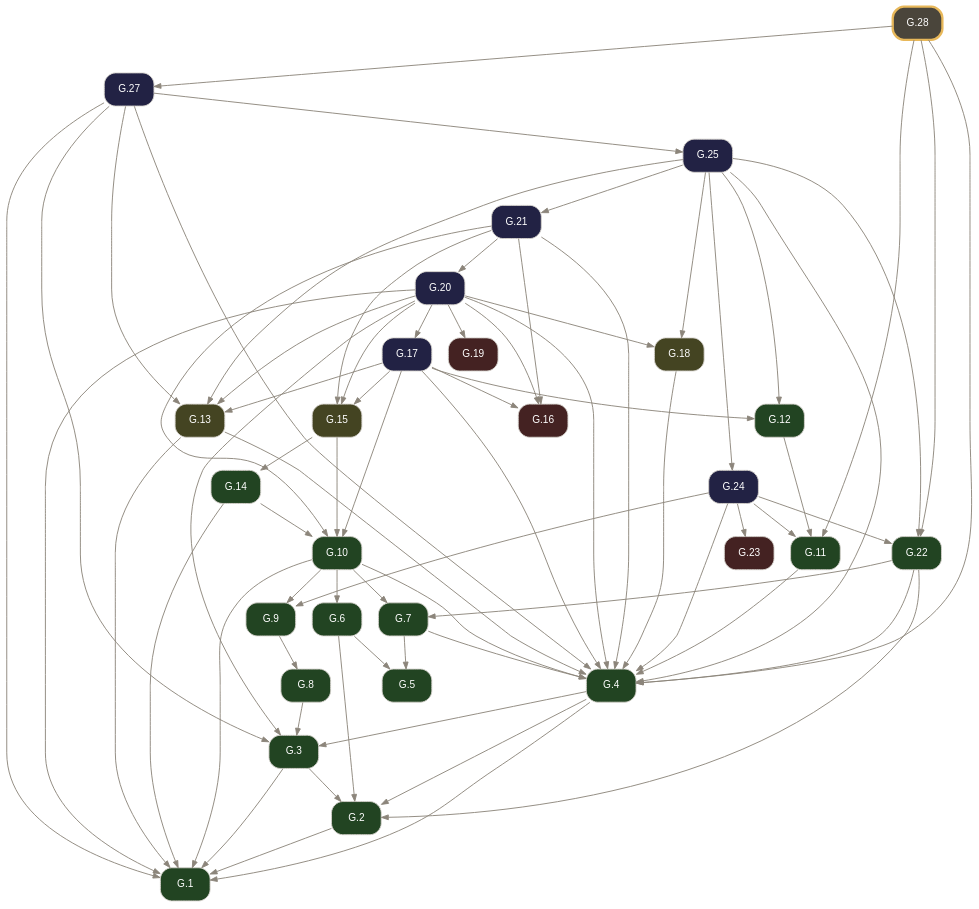
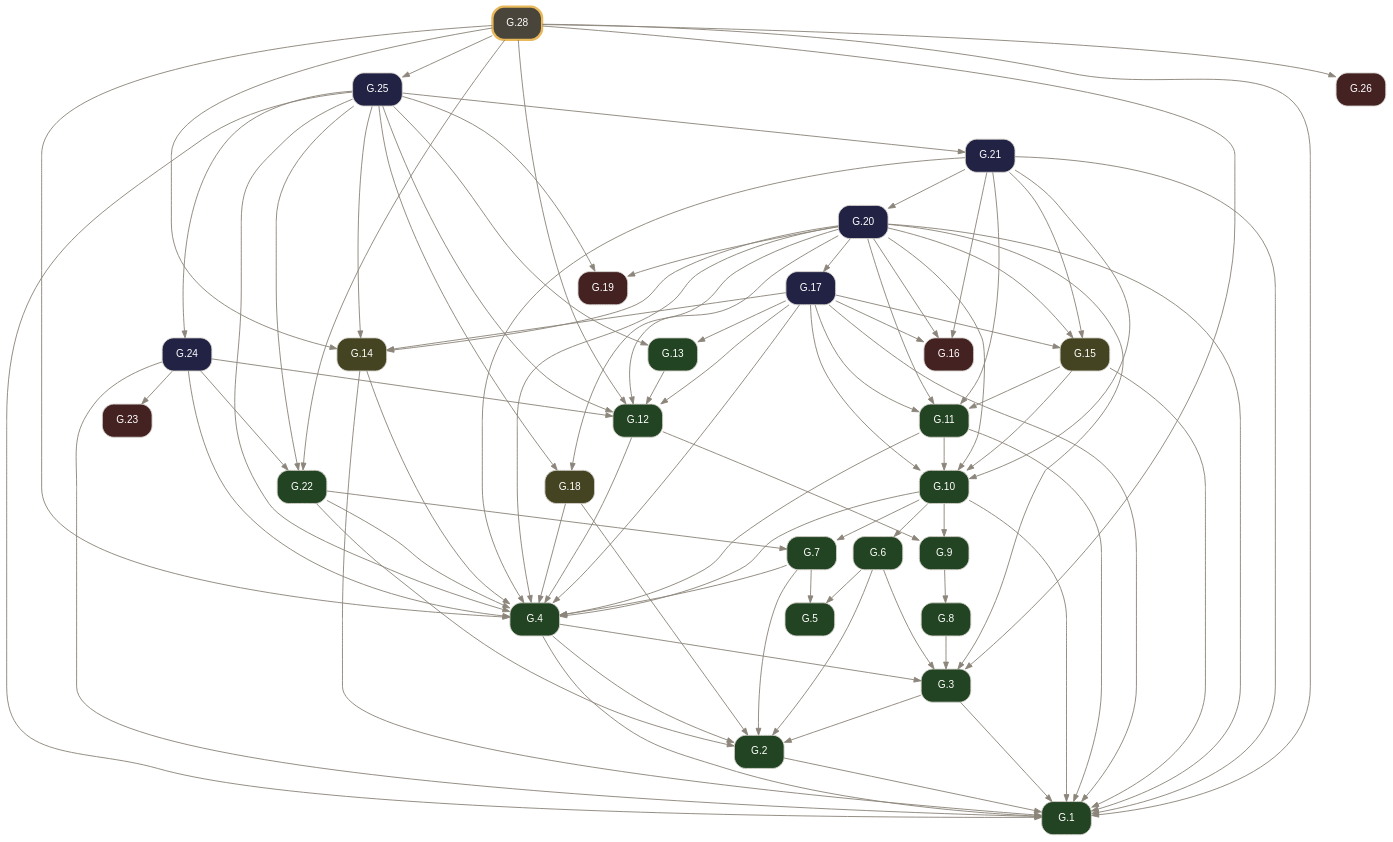
One commit to geometor/elements changed the diagram in docsrc/elements2/G.28/index.rst. Above: the diagram before and after it, drawn with Graphviz. The commit also changed other lines of this file and 1276 other files, not shown here.

```diff
--- a/docsrc/elements2/G.28/index.rst
+++ b/docsrc/elements2/G.28/index.rst
@@ -94,10 +83,10 @@
      "G.8" [label="G.8", tooltip="G.8 (I.def.13): A boundary is the extremity of anything.", fillcolor="#224422", URL="../G.8/index.html", target="_top"];
      "G.9" [label="G.9", tooltip="G.9 (I.def.14): A figure is that which is contained by any boundary or boundaries.", fillcolor="#224422", URL="../G.9/index.html", target="_top"];
      "G.10" [label="G.10", tooltip="G.10 (I.def.15): A circle ( A B ) is a plane figure contained by one arc defined by a center A and a point B establishing its defining radius / A B /, such that all segments / A B /, / A C /, / A D...", fillcolor="#224422", URL="../G.10/index.html", target="_top"];
-     "G.11" [label="G.11", tooltip="G.11 (I.def.19): Rectilineal figures are contained by segments: trilateral by three, quadrilateral by four, and multilateral by more than four.", fillcolor="#224422", URL="../G.11/index.html", target="_top"];
-     "G.12" [label="G.12", tooltip="G.12 (I.def.20): Of trilateral figures, an equilateral triangle < A B C > has three equal sides, an isosceles triangle < D E F > has two equal sides, and a scalene triangle < G H K > has three uneq...", fillcolor="#224422", URL="../G.12/index.html", target="_top"];
-     "G.13" [label="G.13", tooltip="G.13 (I.post.1): Construct a segment / A B / between any two points A, B.", fillcolor="#444422", URL="../G.13/index.html", target="_top"];
-     "G.14" [label="G.14", tooltip="G.14 (I.def.16): The point A within the circle ( A B ) from which all segments / A B /, / A C / to the arc are equal is called the center of the circle.", fillcolor="#224422", URL="../G.14/index.html", target="_top"];
+     "G.11" [label="G.11", tooltip="G.11 (I.def.16): The point A within the circle ( A B ) from which all segments / A B /, / A C / to the arc are equal is called the center of the circle.", fillcolor="#224422", URL="../G.11/index.html", target="_top"];
+     "G.12" [label="G.12", tooltip="G.12 (I.def.19): Rectilineal figures are contained by segments: trilateral by three, quadrilateral by four, and multilateral by more than four.", fillcolor="#224422", URL="../G.12/index.html", target="_top"];
+     "G.13" [label="G.13", tooltip="G.13 (I.def.20): Of trilateral figures, an equilateral triangle < A B C > has three equal sides, an isosceles triangle < D E F > has two equal sides, and a scalene triangle < G H K > has three uneq...", fillcolor="#224422", URL="../G.13/index.html", target="_top"];
+     "G.14" [label="G.14", tooltip="G.14 (I.post.1): Construct a segment / A B / between any two points A, B.", fillcolor="#444422", URL="../G.14/index.html", target="_top"];
      "G.15" [label="G.15", tooltip="G.15 (I.post.3): Construct a circle ( A B ) with center A and defining radius point B.", fillcolor="#444422", URL="../G.15/index.html", target="_top"];
      "G.16" [label="G.16", tooltip="G.16 (I.cn.1): Things equal to the same thing are equal to one another.", fillcolor="#442222", URL="../G.16/index.html", target="_top"];
      "G.17" [label="G.17", tooltip="G.17 (I.1): Construct an equilateral triangle on a given segment.", fillcolor="#222244", URL="../G.17/index.html", target="_top"];
@@ -109,28 +98,37 @@
      "G.23" [label="G.23", tooltip="G.23 (I.cn.4): Things / A B /, / D E / that coincide with one another are equal to one another.", fillcolor="#442222", URL="../G.23/index.html", target="_top"];
      "G.24" [label="G.24", tooltip="G.24 (I.4): Triangles with two sides and the included angle equal are congruent (SAS).", fillcolor="#222244", URL="../G.24/index.html", target="_top"];
      "G.25" [label="G.25", tooltip="G.25 (I.5): In an isosceles triangle, the angles at the base are equal, and if the equal sides are extended, the angles under the base are equal.", fillcolor="#222244", URL="../G.25/index.html", target="_top"];
-     "G.27" [label="G.27", tooltip="G.27 (I.7): On the same segment and on the same side, there cannot be constructed two distinct triangles with both pairs of conterminous sides equal.", fillcolor="#222244", URL="../G.27/index.html", target="_top"];
-     "G.28" [label="G.28", tooltip="G.28 (I.8): Triangles with all three corresponding sides equal have their corresponding angles equal (SSS).", penwidth=2.5, color="#e8b85a", fillcolor="#4a453b", URL="index.html", target="_top"];
+     "G.26" [label="G.26", tooltip="G.26 (I.cn.5): The whole is greater than the part.", fillcolor="#442222", URL="../G.26/index.html", target="_top"];
+     "G.28" [label="G.28", tooltip="G.28 (I.7): On the same segment and on the same side, there cannot be constructed two distinct triangles with both pairs of conterminous sides equal.", penwidth=2.5, color="#e8b85a", fillcolor="#4a453b", URL="index.html", target="_top"];
      "G.2" -> "G.1";
      "G.3" -> "G.1";
      "G.4" -> "G.1";
      "G.10" -> "G.1";
-     "G.13" -> "G.1";
+     "G.11" -> "G.1";
      "G.14" -> "G.1";
+     "G.15" -> "G.1";
+     "G.17" -> "G.1";
      "G.20" -> "G.1";
-     "G.27" -> "G.1";
+     "G.21" -> "G.1";
+     "G.24" -> "G.1";
+     "G.25" -> "G.1";
+     "G.28" -> "G.1";
      "G.3" -> "G.2";
      "G.4" -> "G.2";
      "G.6" -> "G.2";
+     "G.7" -> "G.2";
+     "G.18" -> "G.2";
      "G.22" -> "G.2";
      "G.4" -> "G.3";
+     "G.6" -> "G.3";
      "G.8" -> "G.3";
      "G.20" -> "G.3";
-     "G.27" -> "G.3";
+     "G.28" -> "G.3";
      "G.7" -> "G.4";
      "G.10" -> "G.4";
      "G.11" -> "G.4";
-     "G.13" -> "G.4";
+     "G.12" -> "G.4";
+     "G.14" -> "G.4";
      "G.17" -> "G.4";
      "G.18" -> "G.4";
      "G.20" -> "G.4";
@@ -138,7 +136,6 @@
      "G.22" -> "G.4";
      "G.24" -> "G.4";
      "G.25" -> "G.4";
-     "G.27" -> "G.4";
      "G.28" -> "G.4";
      "G.6" -> "G.5";
      "G.7" -> "G.5";
@@ -147,21 +144,28 @@
      "G.22" -> "G.7";
      "G.9" -> "G.8";
      "G.10" -> "G.9";
-     "G.24" -> "G.9";
-     "G.14" -> "G.10";
+     "G.12" -> "G.9";
+     "G.11" -> "G.10";
      "G.15" -> "G.10";
      "G.17" -> "G.10";
+     "G.20" -> "G.10";
      "G.21" -> "G.10";
-     "G.12" -> "G.11";
-     "G.24" -> "G.11";
-     "G.28" -> "G.11";
+     "G.15" -> "G.11";
+     "G.17" -> "G.11";
+     "G.20" -> "G.11";
+     "G.21" -> "G.11";
+     "G.13" -> "G.12";
      "G.17" -> "G.12";
+     "G.20" -> "G.12";
+     "G.24" -> "G.12";
      "G.25" -> "G.12";
+     "G.28" -> "G.12";
      "G.17" -> "G.13";
-     "G.20" -> "G.13";
      "G.25" -> "G.13";
-     "G.27" -> "G.13";
-     "G.15" -> "G.14";
+     "G.17" -> "G.14";
+     "G.20" -> "G.14";
+     "G.25" -> "G.14";
+     "G.28" -> "G.14";
      "G.17" -> "G.15";
      "G.20" -> "G.15";
      "G.21" -> "G.15";
@@ -172,6 +176,7 @@
      "G.20" -> "G.18";
      "G.25" -> "G.18";
      "G.20" -> "G.19";
+     "G.25" -> "G.19";
      "G.21" -> "G.20";
      "G.25" -> "G.21";
      "G.24" -> "G.22";
@@ -179,6 +184,6 @@
      "G.28" -> "G.22";
      "G.24" -> "G.23";
      "G.25" -> "G.24";
-     "G.27" -> "G.25";
-     "G.28" -> "G.27";
+     "G.28" -> "G.25";
+     "G.28" -> "G.26";
    }
```
